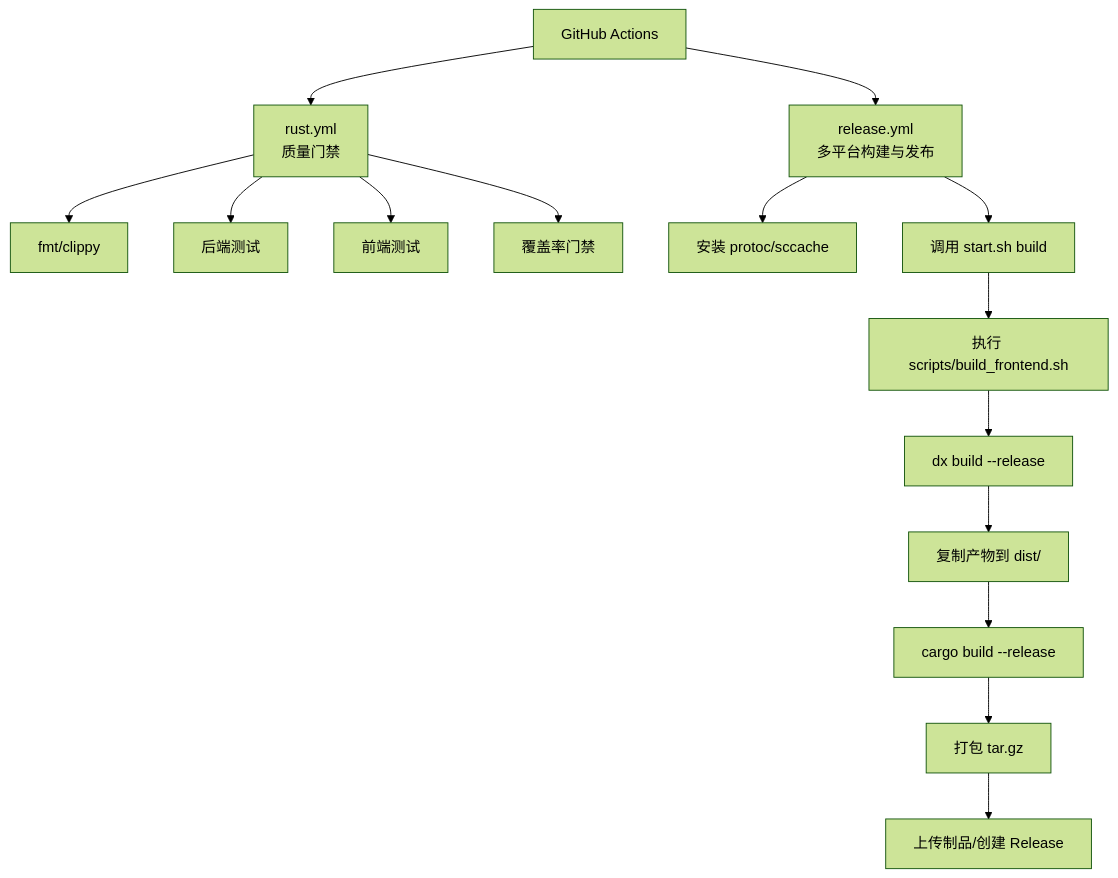
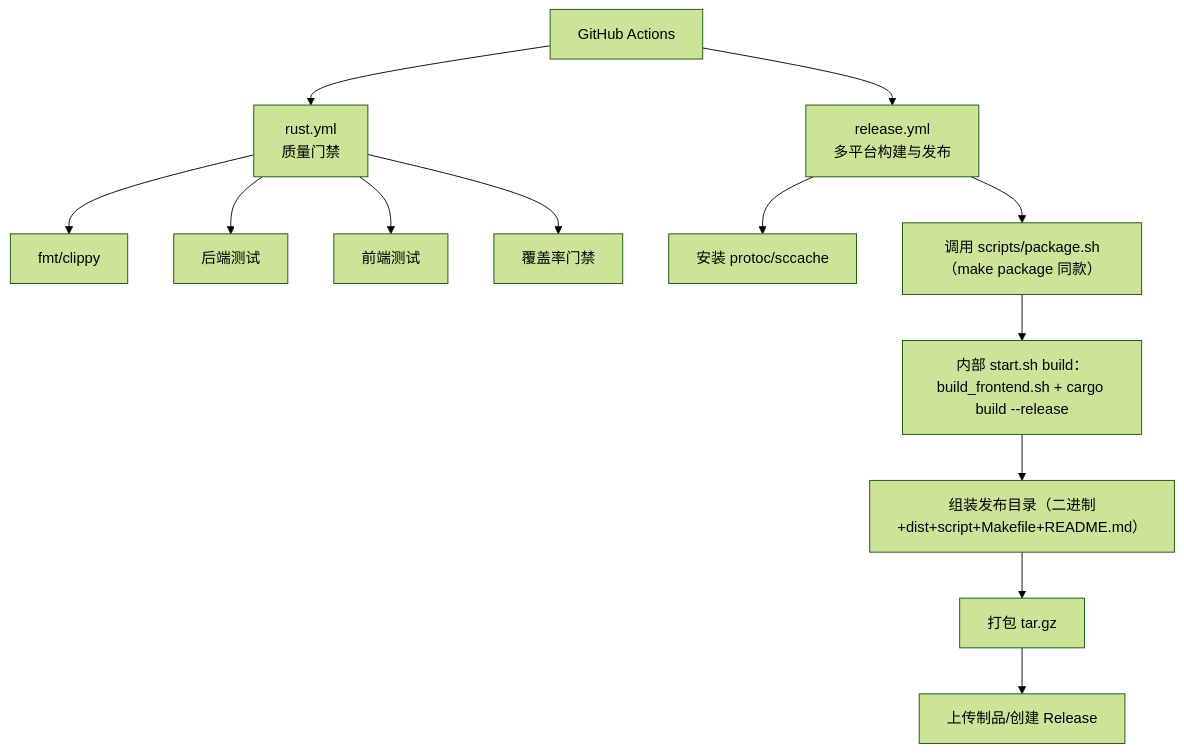
One commit to runningcoders/ai_orz changed the first of 7 diagrams in docs/wiki/zh/content/基础设施/持续集成与发布工作流.md. Above: the diagram before and after it, drawn with Mermaid (forest theme). The commit also changed other lines of this file and 4 other files, not shown here.

First line of the commit message:
docs(wiki): 配置系统与发布打包同步 — 长文更新3页 + 知识卡合并2张新增0张（含归档0张重复副卡）+ 单向引用与图谱关联对齐（AGENTS §2.1.3 v2.1，配置env/首启固化/发布包打包）

````diff
--- a/docs/wiki/zh/content/基础设施/持续集成与发布工作流.md
+++ b/docs/wiki/zh/content/基础设施/持续集成与发布工作流.md
@@ -88,17 +91,15 @@
 ```mermaid
 graph TB
 A["GitHub Actions"] --> B["rust.yml<br/>质量门禁"]
 A --> C["release.yml<br/>多平台构建与发布"]
 B --> D["fmt/clippy"]
 B --> E["后端测试"]
 B --> F["前端测试"]
 B --> G["覆盖率门禁"]
 C --> H["安装 protoc/sccache"]
-C --> I["调用 start.sh build"]
-I --> J["执行 scripts/build_frontend.sh"]
-J --> K["dx build --release"]
-K --> L["复制产物到 dist/"]
-L --> M["cargo build --release"]
-M --> N["打包 tar.gz"]
-N --> O["上传制品/创建 Release"]
+C --> I["调用 scripts/package.sh（make package 同款）"]
+I --> J["内部 start.sh build：build_frontend.sh + cargo build --release"]
+J --> K["组装发布目录（二进制+dist+script+Makefile+README.md）"]
+K --> L["打包 tar.gz"]
+L --> M["上传制品/创建 Release"]
 ```
````
